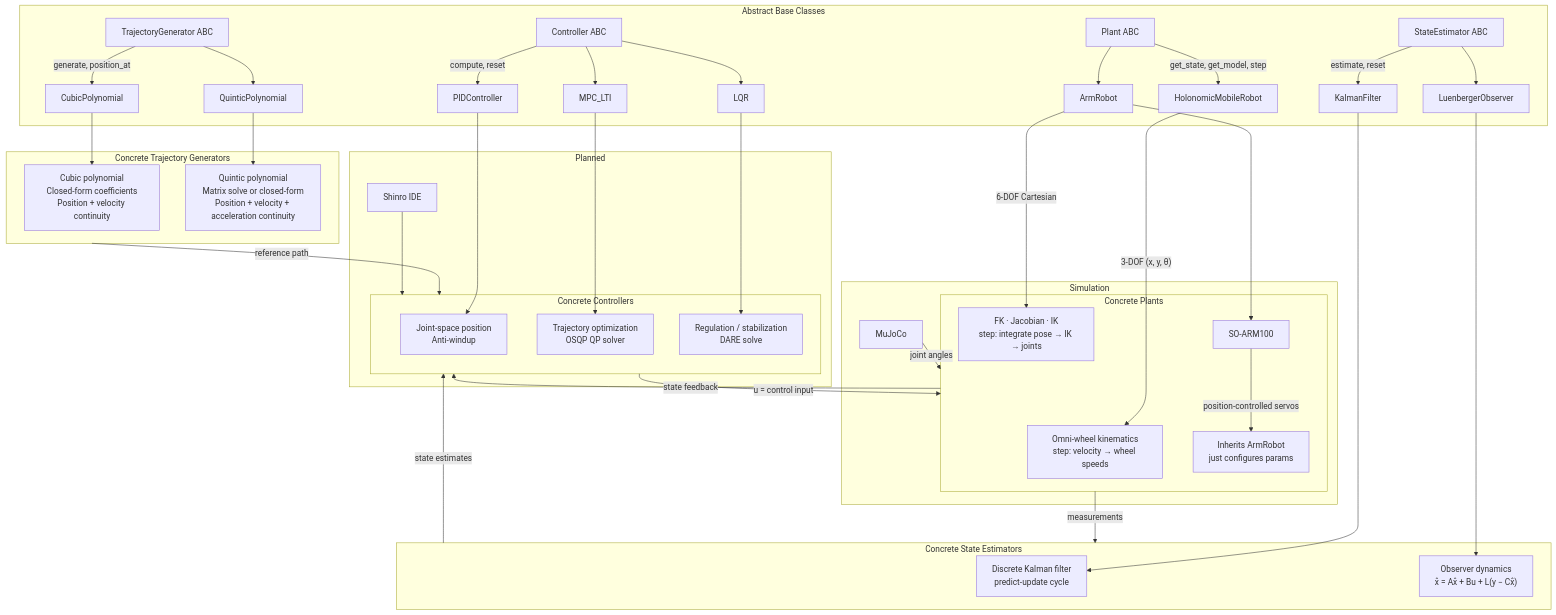
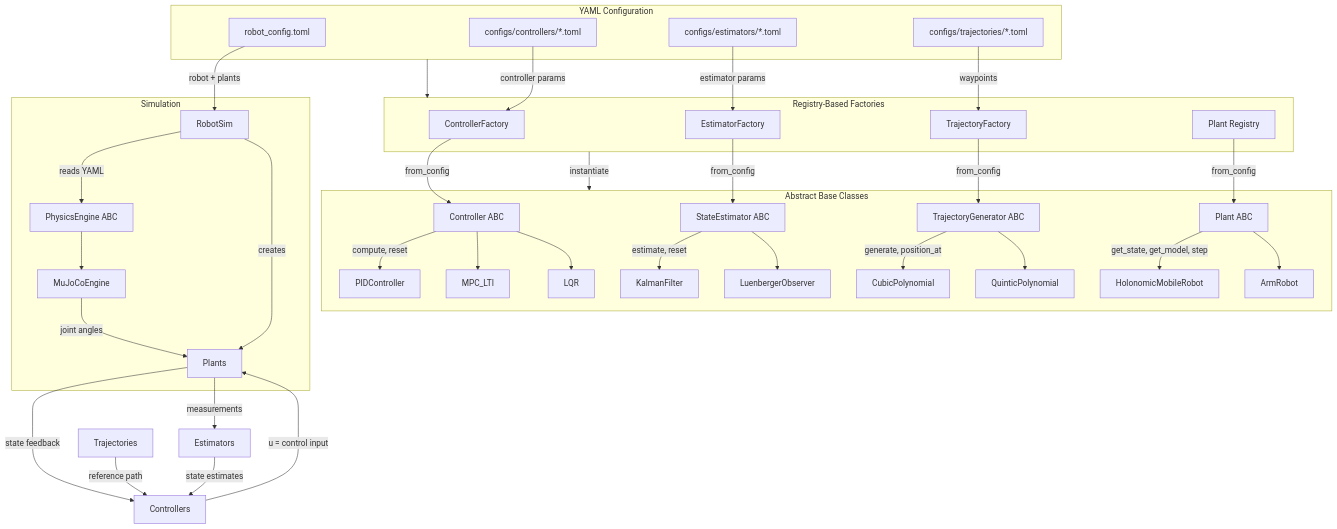
One commit to Shinro-xyz/lerobot-mpc-lekiwi changed the diagram in README.md. Above: the diagram before and after it, drawn with Mermaid. The commit also changed other lines of this file and 30 other files, not shown here.

Commit message:
update config from yaml to toml

````diff
--- a/README.md
+++ b/README.md
@@ -7,51 +7,43 @@
 ```mermaid
 flowchart TB
     subgraph ABCs["Abstract Base Classes"]
         C[Controller ABC] -->|compute, reset| PID[PIDController]
         C --> MPC[MPC_LTI]
         C --> LQR[LQR]
         P[Plant ABC] -->|get_state, get_model, step| HMR[HolonomicMobileRobot]
         P --> AR[ArmRobot]
         SE[StateEstimator ABC] -->|estimate, reset| KF[KalmanFilter]
         SE --> LO[LuenbergerObserver]
         TG[TrajectoryGenerator ABC] -->|generate, position_at| CP[CubicPolynomial]
         TG --> QP[QuinticPolynomial]
     end
 
-    subgraph Plants["Concrete Plants"]
-        HMR -->|"3-DOF (x, y, θ)"| HMR_desc["Omni-wheel kinematics<br/>step: velocity → wheel speeds"]
-        AR -->|"6-DOF Cartesian"| AR_desc["FK · Jacobian · IK<br/>step: integrate pose → IK → joints"]
-        AR --> SO[SO-ARM100]
-        SO -->|position-controlled servos| SO_desc["Inherits ArmRobot<br/>just configures params"]
+    subgraph Factories["Registry-Based Factories"]
+        CF[ControllerFactory] -->|from_config| C
+        EF[EstimatorFactory] -->|from_config| SE
+        TF[TrajectoryFactory] -->|from_config| TG
+        PF[Plant Registry] -->|from_config| P
     end
 
-    subgraph Controllers["Concrete Controllers"]
-        PID --> PID_desc["Joint-space position<br/>Anti-windup"]
-        MPC --> MPC_desc["Trajectory optimization<br/>OSQP QP solver"]
-        LQR --> LQR_desc["Regulation / stabilization<br/>DARE solve"]
+    subgraph Sim["Simulation"]
+        Eng[PhysicsEngine ABC] --> MJ[MuJoCoEngine]
+        MJ -->|joint angles| Plants
+        RS[RobotSim] -->|reads YAML| Eng
+        RS -->|creates| Plants
     end
 
-    subgraph Estimators["Concrete State Estimators"]
-        KF --> KF_desc["Discrete Kalman filter<br/>predict-update cycle"]
-        LO --> LO_desc["Observer dynamics<br/>x̂ = Ax̂ + Bu + L(y − Cx̂)"]
+    subgraph Config["YAML Configuration"]
+        RC[robot_config.toml] -->|robot + plants| RS
+        CC[configs/controllers/*.toml] -->|controller params| CF
+        EC[configs/estimators/*.toml] -->|estimator params| EF
+        TC[configs/trajectories/*.toml] -->|waypoints| TF
     end
 
-    subgraph Trajectories["Concrete Trajectory Generators"]
-        CP --> CP_desc["Cubic polynomial<br/>Closed-form coefficients<br/>Position + velocity continuity"]
-        QP --> QP_desc["Quintic polynomial<br/>Matrix solve or closed-form<br/>Position + velocity + acceleration continuity"]
-    end
-
+    Factories -->|instantiate| ABCs
+    Config --> Factories
     Controllers -->|u = control input| Plants
     Plants -->|state feedback| Controllers
     Plants -->|measurements| Estimators
     Estimators -->|state estimates| Controllers
     Trajectories -->|reference path| Controllers
-
-    subgraph Sim["Simulation"]
-        MJ[MuJoCo] -->|joint angles| Plants
-    end
-
-    subgraph Integration["Planned"]
-        SH[Shinro IDE] --> Controllers
-    end
 ```
````
